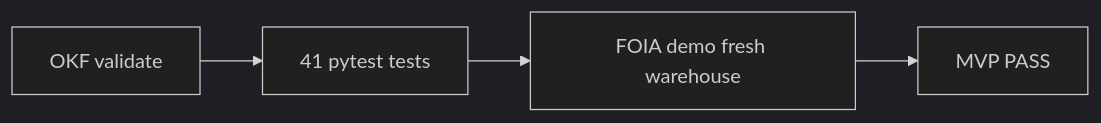
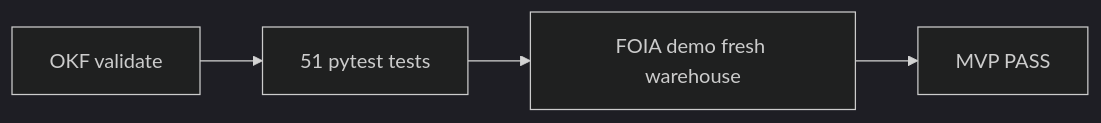
Before and after one commit to khaosans/operator-etl: the second of 2 diagrams in docs/GETTING-STARTED.md, drawn with Mermaid (dark theme). The commit also changed 36 other files, not shown here.

````diff
--- a/docs/GETTING-STARTED.md
+++ b/docs/GETTING-STARTED.md
@@ -87,6 +87,6 @@
 ```mermaid
 flowchart LR
-  OKF[OKF validate] --> pytest[41 pytest tests]
+  OKF[OKF validate] --> pytest[51 pytest tests]
   pytest --> demo[FOIA demo fresh warehouse]
   demo --> pass[MVP PASS]
 ```
````
